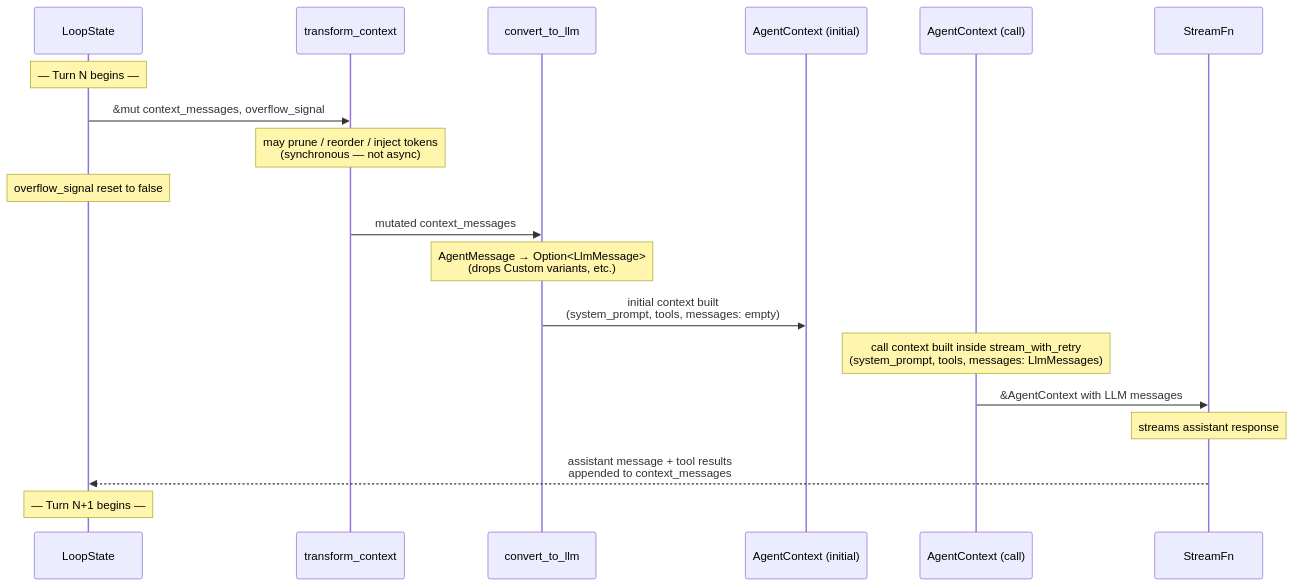
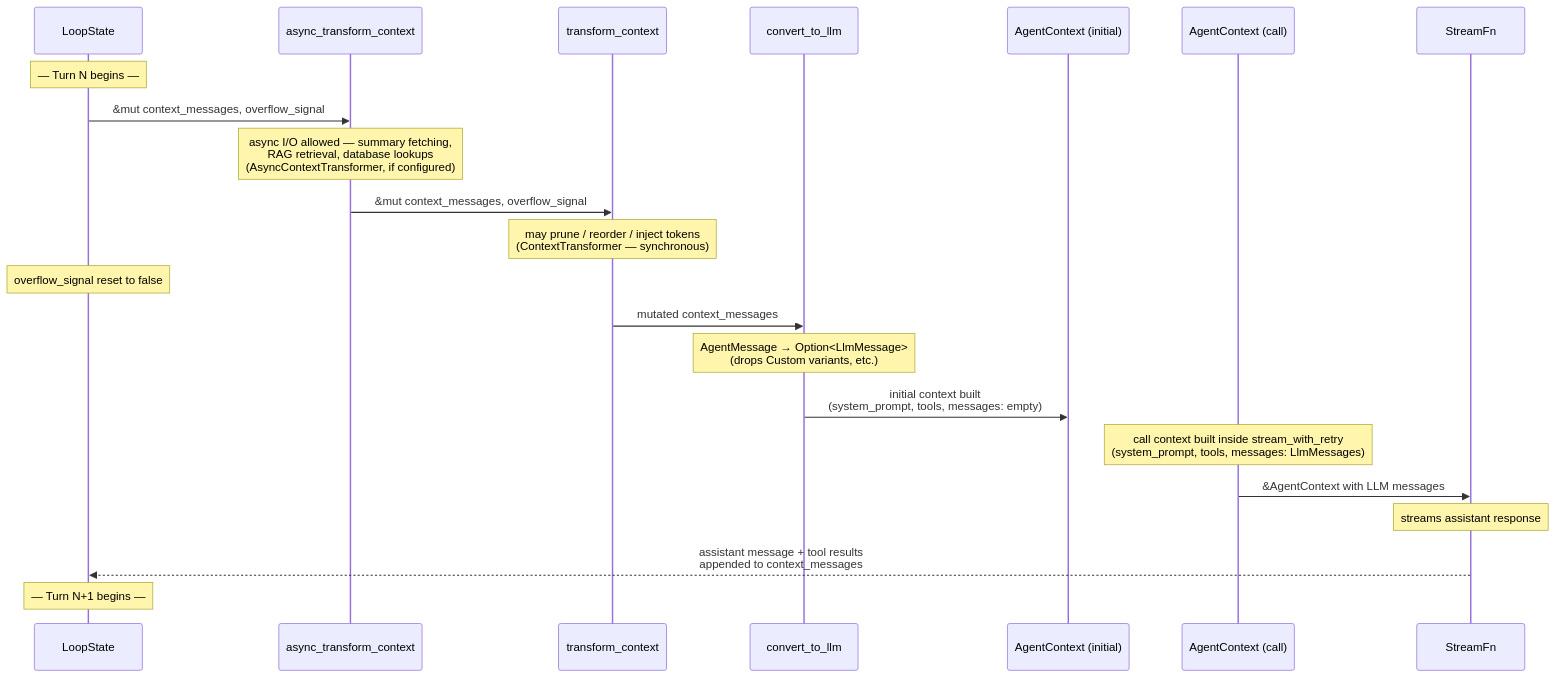
Before and after one commit to SuperSwinkAI/Swink-Agent: the second of 2 diagrams in docs/architecture/agent-context/README.md, drawn with Mermaid. The commit also changed other lines of this file and 21 other files, not shown here.

````diff
--- a/docs/architecture/agent-context/README.md
+++ b/docs/architecture/agent-context/README.md
@@ -61,29 +63,33 @@
 ```mermaid
 sequenceDiagram
     participant State as LoopState
+    participant AsyncTransform as async_transform_context
     participant Transform as transform_context
     participant Convert as convert_to_llm
     participant InitCtx as AgentContext (initial)
     participant CallCtx as AgentContext (call)
     participant Stream as StreamFn
 
     Note over State: — Turn N begins —
 
-    State->>Transform: &mut context_messages, overflow_signal
-    Note over Transform: may prune / reorder / inject tokens<br/>(synchronous — not async)
+    State->>AsyncTransform: &mut context_messages, overflow_signal
+    Note over AsyncTransform: async I/O allowed — summary fetching,<br/>RAG retrieval, database lookups<br/>(AsyncContextTransformer, if configured)
+
+    AsyncTransform->>Transform: &mut context_messages, overflow_signal
+    Note over Transform: may prune / reorder / inject tokens<br/>(ContextTransformer — synchronous)
 
     Note over State: overflow_signal reset to false
 
     Transform->>Convert: mutated context_messages
     Note over Convert: AgentMessage → Option<LlmMessage><br/>(drops Custom variants, etc.)
 
     Convert->>InitCtx: initial context built<br/>(system_prompt, tools, messages: empty)
 
     Note over CallCtx: call context built inside stream_with_retry<br/>(system_prompt, tools, messages: LlmMessages)
     CallCtx->>Stream: &AgentContext with LLM messages
     Note over Stream: streams assistant response
 
     Stream-->>State: assistant message + tool results<br/>appended to context_messages
 
     Note over State: — Turn N+1 begins —
 ```
````
